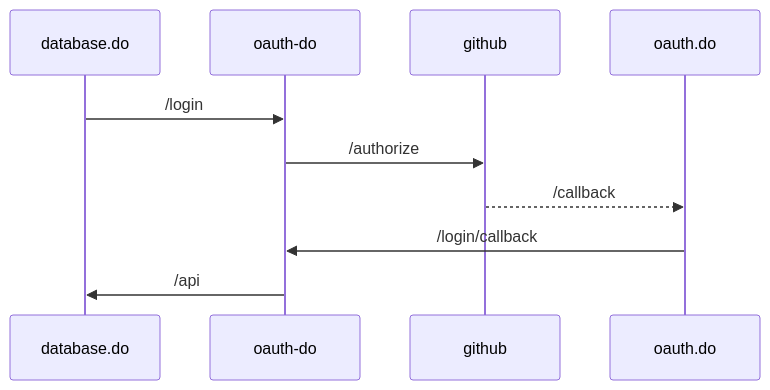
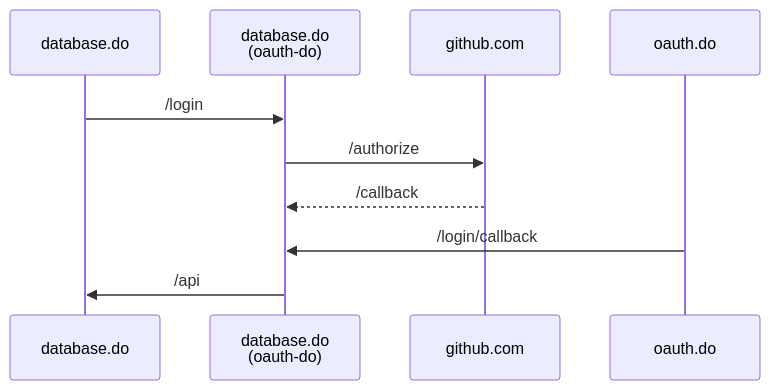
One commit to drivly/oauth.do changed the diagram in README.md. Above: the diagram before and after it, drawn with Mermaid.

````diff
--- a/README.md
+++ b/README.md
@@ -24,8 +24,10 @@
 ```mermaid
 sequenceDiagram
-  database.do->>oauth-do: /login
-  oauth-do->>github: /authorize
-  github-->>oauth.do: /callback
-  oauth.do->>oauth-do: /login/callback
-  oauth-do->>database.do: /api
+  participant D as database.do
+  participant O as database.do<br/>(oauth-do)
+  D->>O: /login
+  O->>github.com: /authorize
+  github.com-->>O: /callback
+  oauth.do->>O: /login/callback
+  O->>D: /api
 ```
````
